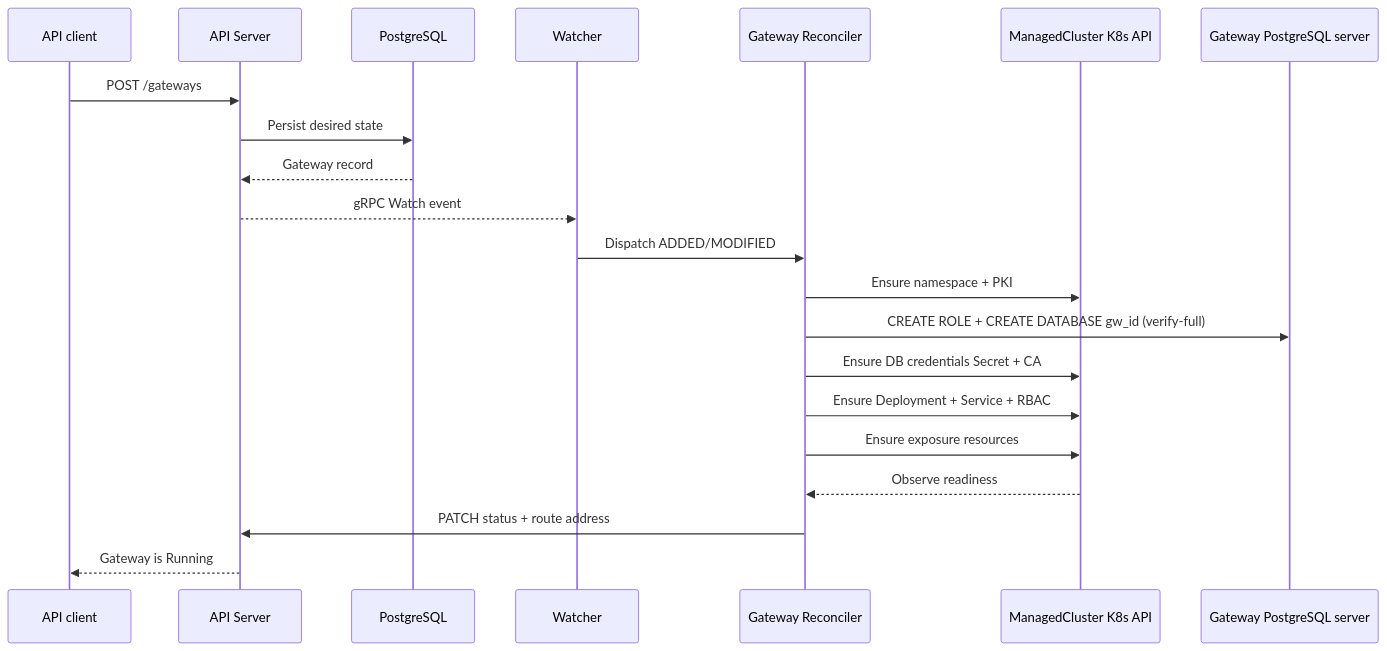
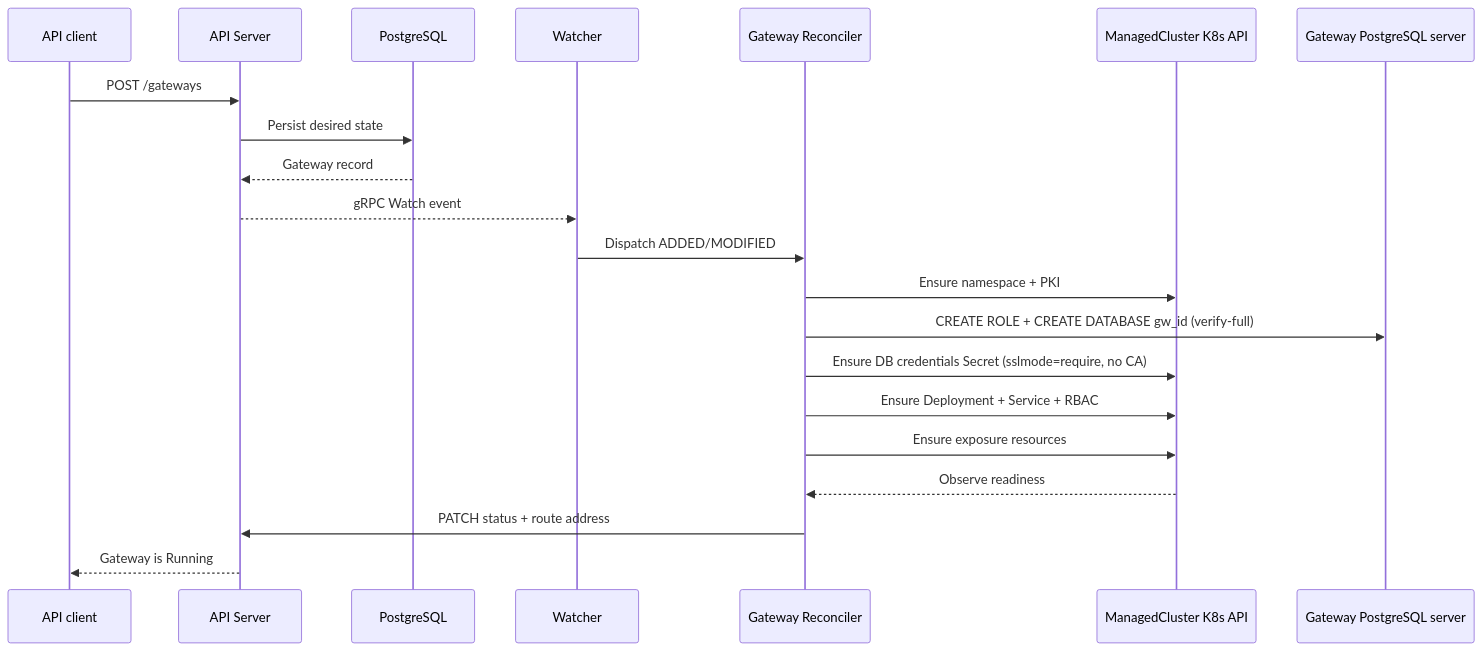
The first of 2 diagrams in docs/architecture/source/control-plane.md (jonmosco/hypershell), drawn with Mermaid before and after one commit. The commit also changed 14 other files, not shown here.

````diff
--- a/docs/architecture/source/control-plane.md
+++ b/docs/architecture/source/control-plane.md
@@ -9,23 +9,23 @@
 ```mermaid
 sequenceDiagram
   participant User as API client
   participant API as API Server
   participant DB as PostgreSQL
   participant W as Watcher
   participant R as Gateway Reconciler
   participant K as ManagedCluster K8s API
   participant PG as Gateway PostgreSQL server
   User->>API: POST /gateways
   API->>DB: Persist desired state
   DB-->>API: Gateway record
   API-->>W: gRPC Watch event
   W->>R: Dispatch ADDED/MODIFIED
   R->>K: Ensure namespace + PKI
   R->>PG: CREATE ROLE + CREATE DATABASE gw_id (verify-full)
-  R->>K: Ensure DB credentials Secret + CA
+  R->>K: Ensure DB credentials Secret (sslmode=require, no CA)
   R->>K: Ensure Deployment + Service + RBAC
   R->>K: Ensure exposure resources
   K-->>R: Observe readiness
   R->>API: PATCH status + route address
   API-->>User: Gateway is Running
 ```
````
